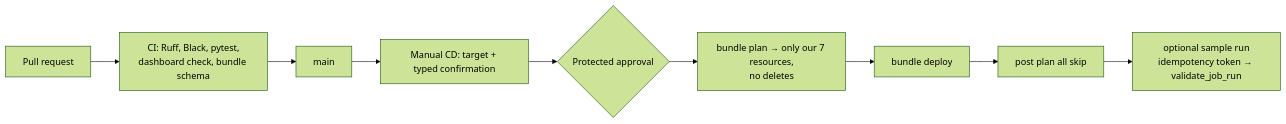
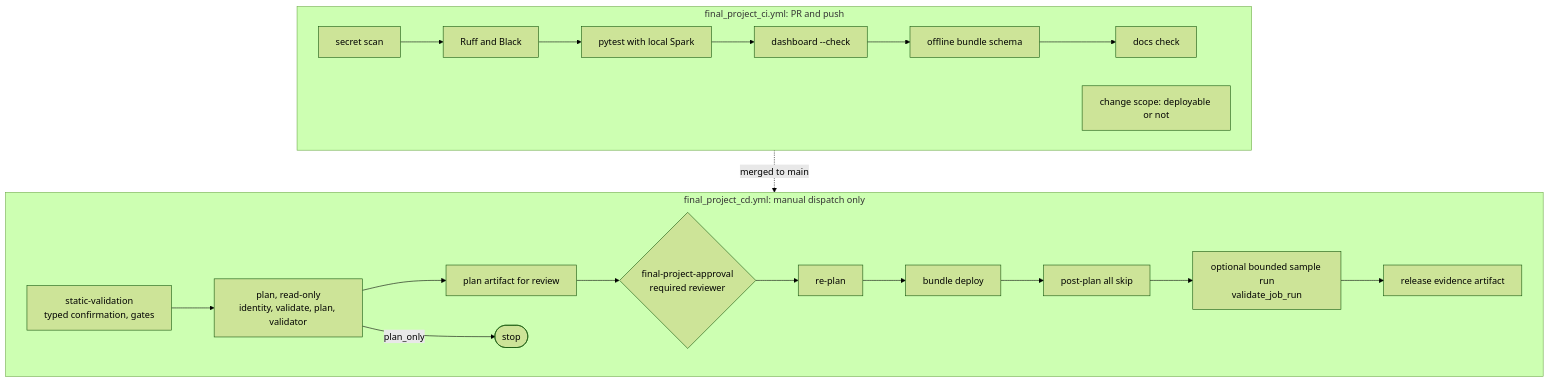
Before and after one commit to BadalovP/Databricks-Academy-Lakehouse: the tenth of 11 diagrams in final_project/README.md, drawn with Mermaid (forest theme). The commit also changed other lines of this file and 20 other files, not shown here.

First line of the commit message:
docs: complete UrbanFlow 2.0 technical showcase and final release documentation (#79)

````diff
--- a/final_project/README.md
+++ b/final_project/README.md
@@ -160,11 +516,18 @@
 ```mermaid
-flowchart LR
-  PR[Pull request] --> CI[CI: Ruff, Black, pytest,<br/>dashboard check, bundle schema]
-  CI --> M[main]
-  M --> D[Manual CD: target + typed confirmation]
-  D --> A{Protected approval}
-  A --> PL[bundle plan → only our 7 resources,<br/>no deletes]
-  PL --> DEP[bundle deploy]
-  DEP --> NP[post plan all skip]
-  NP --> RUN[optional sample run<br/>idempotency token → validate_job_run]
+flowchart TD
+  subgraph CI["final_project_ci.yml: PR and push"]
+    SS[secret scan] --> LINT[Ruff and Black] --> PT[pytest with local Spark]
+    PT --> DC[dashboard --check] --> BS[offline bundle schema] --> DOCS[docs check]
+    SC[change scope: deployable or not]
+  end
+  subgraph CD["final_project_cd.yml: manual dispatch only"]
+    SV[static-validation<br/>typed confirmation, gates] --> PL[plan, read-only<br/>identity, validate, plan, validator]
+    PL --> ART[plan artifact for review]
+    PL -->|plan_only| STOP([stop])
+    ART --> AP{final-project-approval<br/>required reviewer}
+    AP --> RP[re-plan] --> DEP[bundle deploy] --> POST[post-plan all skip]
+    POST --> RUN[optional bounded sample run<br/>validate_job_run]
+    RUN --> EV[release evidence artifact]
+  end
+  CI -. merged to main .-> CD
 ```
````
